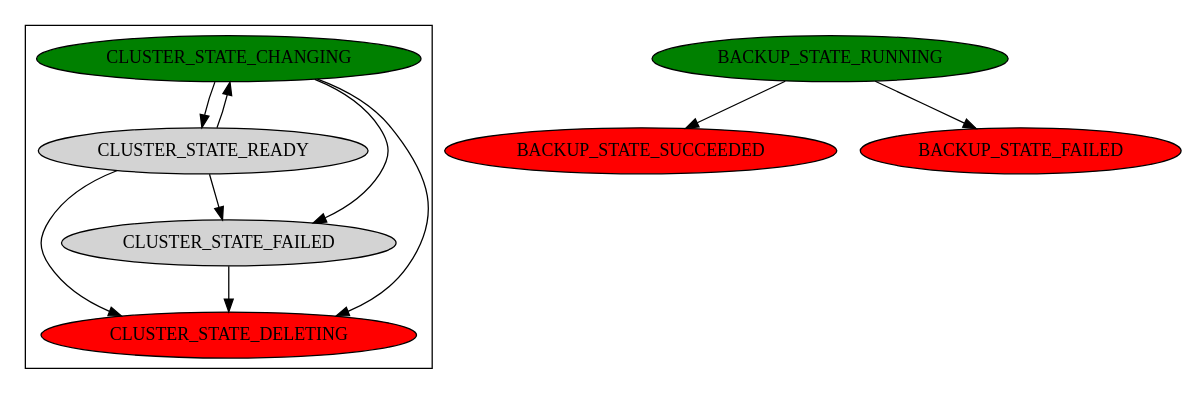
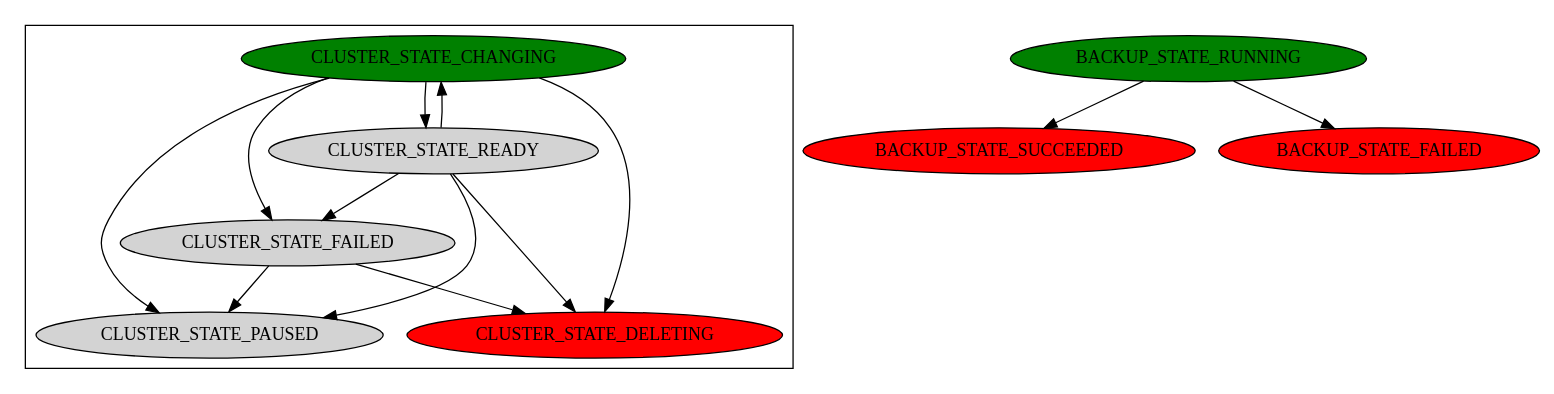
The diagram in api/controller/states.dot (percona/dbaas-api), drawn with Graphviz before and after one commit.

Commit message:
PMM-7180 Update status chages graph.

```diff
--- a/api/controller/states.dot
+++ b/api/controller/states.dot
@@ -1,39 +1,44 @@
 digraph  {
 
 subgraph ClusterState {
   node [style=filled];
 
   CLUSTER_STATE_CHANGING [fillcolor=green];
   CLUSTER_STATE_READY;
   CLUSTER_STATE_FAILED;
+  CLUSTER_STATE_PAUSED;
   CLUSTER_STATE_DELETING [fillcolor=red];
 
   CLUSTER_STATE_CHANGING -> CLUSTER_STATE_READY;
   CLUSTER_STATE_READY -> CLUSTER_STATE_CHANGING;
 
   CLUSTER_STATE_CHANGING -> CLUSTER_STATE_FAILED;
   CLUSTER_STATE_READY -> CLUSTER_STATE_FAILED;
 
   CLUSTER_STATE_CHANGING -> CLUSTER_STATE_DELETING;
   CLUSTER_STATE_READY -> CLUSTER_STATE_DELETING;
   CLUSTER_STATE_FAILED -> CLUSTER_STATE_DELETING;
+
+  CLUSTER_STATE_CHANGING -> CLUSTER_STATE_PAUSED;
+  CLUSTER_STATE_READY -> CLUSTER_STATE_PAUSED;
+  CLUSTER_STATE_FAILED -> CLUSTER_STATE_PAUSED;
 }
 
 subgraph BackupState {
   node [style=filled];
 
   BACKUP_STATE_RUNNING [fillcolor=green];
   BACKUP_STATE_SUCCEEDED [fillcolor=red];
   BACKUP_STATE_FAILED [fillcolor=red];
 
   BACKUP_STATE_RUNNING -> BACKUP_STATE_SUCCEEDED;
   BACKUP_STATE_RUNNING -> BACKUP_STATE_FAILED;
 }
 
 subgraph RestoreState {
   node [style=filled];
 
   // TODO
 }
 
 }
```
